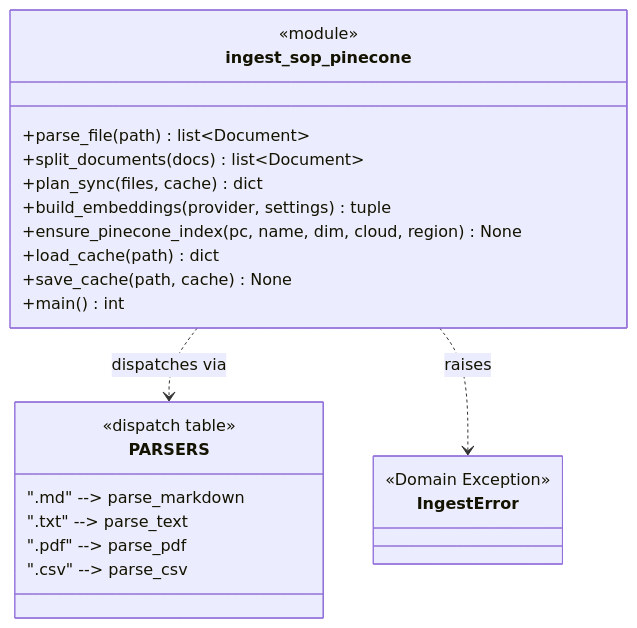
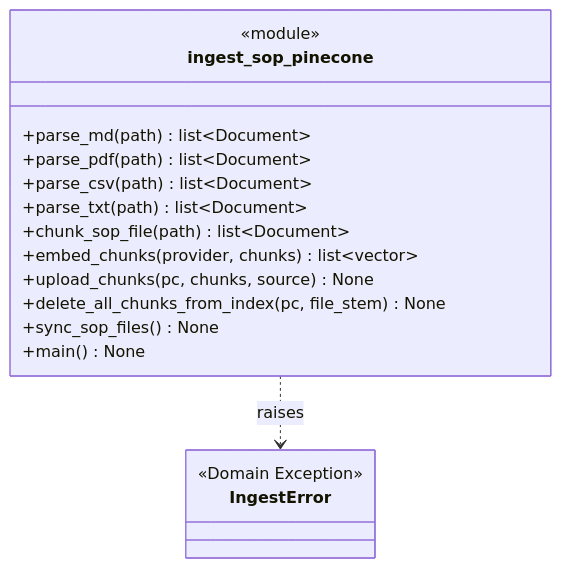
Before and after one commit to ibraheem15/supply-chain-data-assistant: the third of 7 diagrams in docs/domain-model.md, drawn with Mermaid. The commit also changed other lines of this file and 1 other file, not shown here.

````diff
--- a/docs/domain-model.md
+++ b/docs/domain-model.md
@@ -81,26 +81,20 @@
 ```mermaid
 classDiagram
     class IngestError {
         <<Domain Exception>>
     }
-    class PARSERS {
-        <<dispatch table>>
-        ".md" --> parse_markdown
-        ".txt" --> parse_text
-        ".pdf" --> parse_pdf
-        ".csv" --> parse_csv
-    }
     class ingest_sop_pinecone {
         <<module>>
-        +parse_file(path) list~Document~
-        +split_documents(docs) list~Document~
-        +plan_sync(files, cache) dict
-        +build_embeddings(provider, settings) tuple
-        +ensure_pinecone_index(pc, name, dim, cloud, region) None
-        +load_cache(path) dict
-        +save_cache(path, cache) None
-        +main() int
+        +parse_md(path) list~Document~
+        +parse_pdf(path) list~Document~
+        +parse_csv(path) list~Document~
+        +parse_txt(path) list~Document~
+        +chunk_sop_file(path) list~Document~
+        +embed_chunks(provider, chunks) list~vector~
+        +upload_chunks(pc, chunks, source) None
+        +delete_all_chunks_from_index(pc, file_stem) None
+        +sync_sop_files() None
+        +main() None
     }
-    ingest_sop_pinecone ..> PARSERS : dispatches via
     ingest_sop_pinecone ..> IngestError : raises
 ```
````
